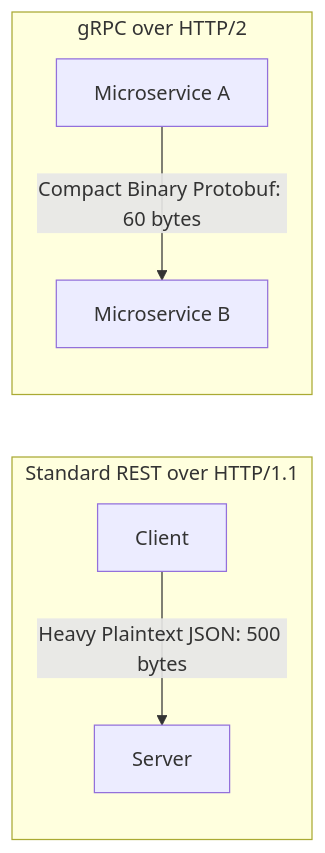
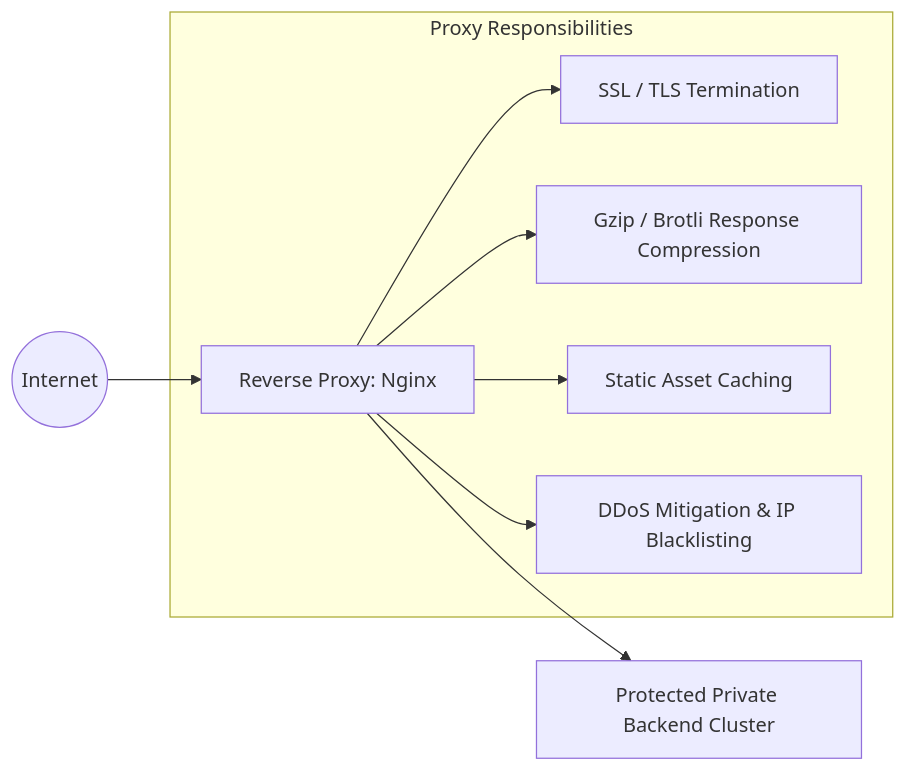
One commit to Sujalkathait/high-level-design changed diagram 24 of 24 in README.md. Above: the diagram before and after it, drawn with Mermaid. The commit also changed other lines of this file, not shown here.

Commit message:
docs: cover Phases 1-6 (Architecture, Caching, Databases, Scalability, Load Balancing) with visual diagrams

````diff
--- a/README.md
+++ b/README.md
@@ -653,10 +881,13 @@
 ```mermaid
 graph LR
-    subgraph JSON_REST [Standard REST over HTTP/1.1]
-        C1[Client] -- Heavy Plaintext JSON: 500 bytes --> S1[Server]
+    Internet((Internet)) --> Proxy[Reverse Proxy: Nginx]
+
+    subgraph ProtectiveShield [Proxy Responsibilities]
+        Proxy --> P1[SSL / TLS Termination]
+        Proxy --> P2[Gzip / Brotli Response Compression]
+        Proxy --> P3[Static Asset Caching]
+        Proxy --> P4[DDoS Mitigation & IP Blacklisting]
     end
 
-    subgraph gRPC_Protobuf [gRPC over HTTP/2]
-        C2[Microservice A] -- Compact Binary Protobuf: 60 bytes --> S2[Microservice B]
-    end
+    Proxy --> InternalServers[Protected Private Backend Cluster]
 ```
````
